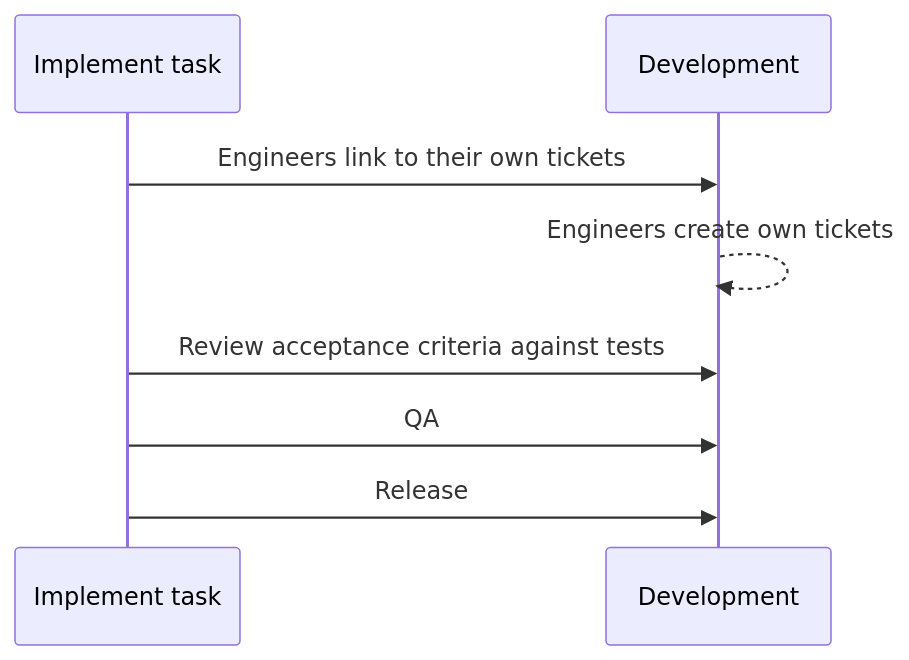
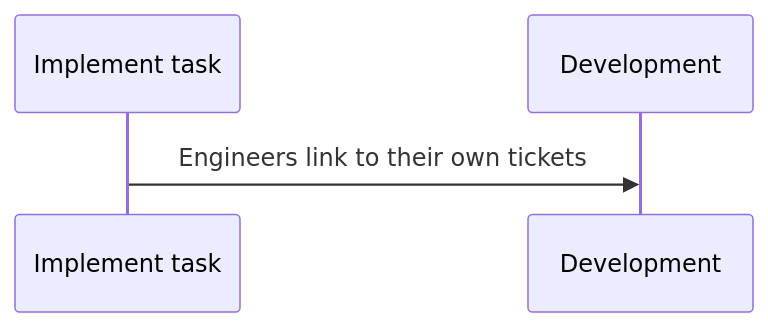
Before and after one commit to vegaprotocol/specs: the second of 2 diagrams in README.md, drawn with Mermaid.

````diff
--- a/README.md
+++ b/README.md
@@ -66,9 +66,6 @@
 ```mermaid
 sequenceDiagram
 
 Implement task->>Development: Engineers link to their own tickets
-Development-->>Development:  Engineers create own tickets
-Implement task->>Development: Review acceptance criteria against tests
-Implement task->>Development: QA
-Implement task->>Development: Release
+
 ```
````
